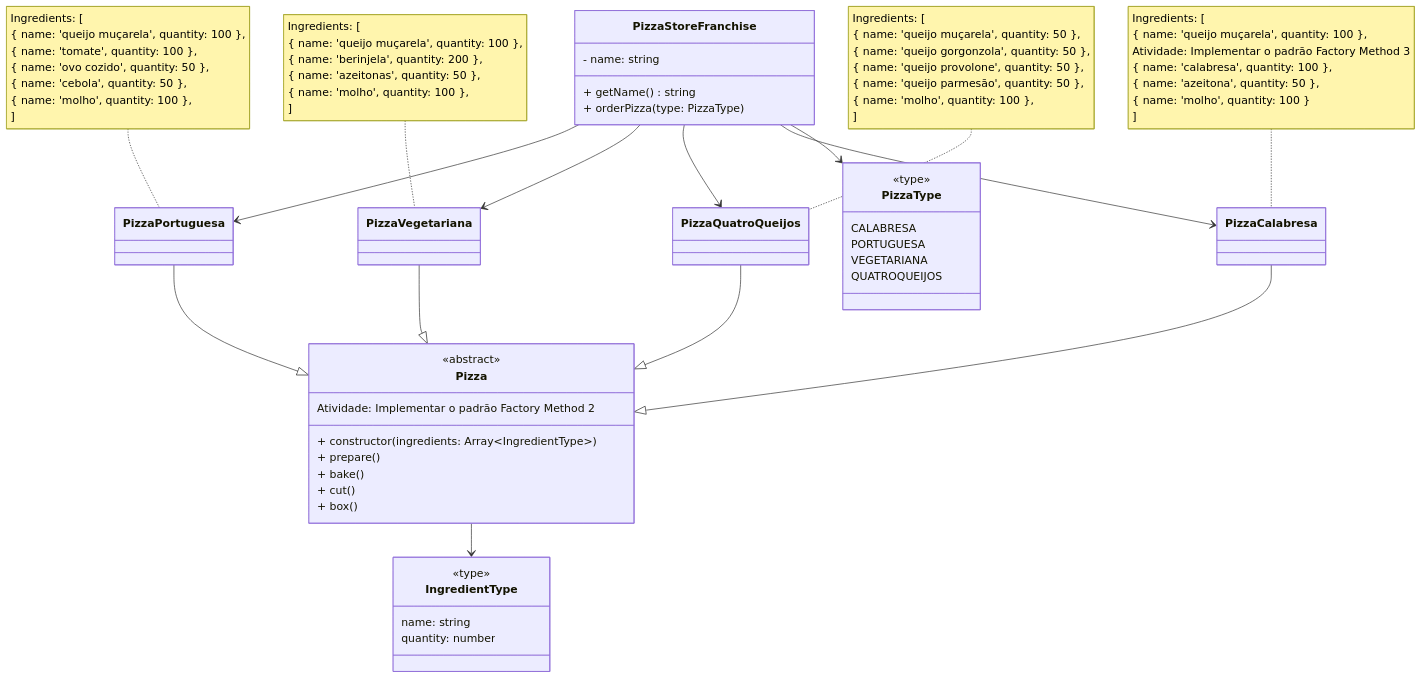
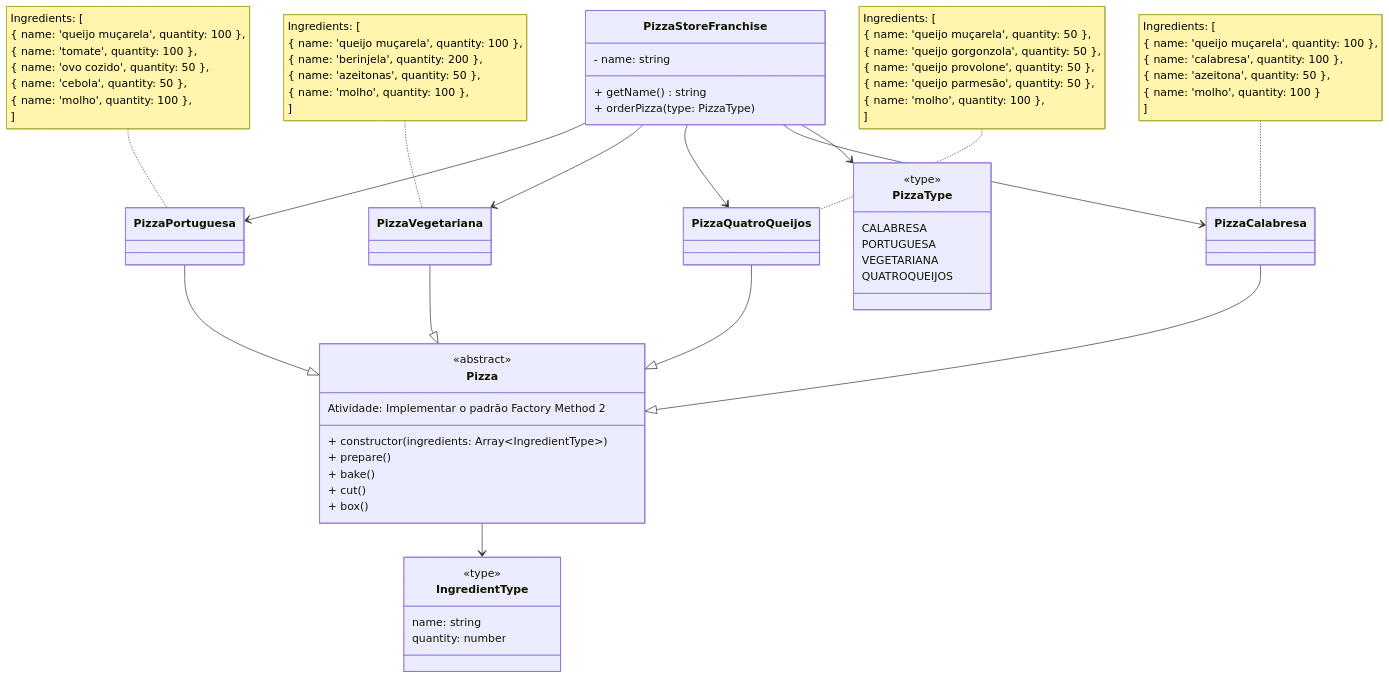
One commit to A-Pass/ifba-ads22-s5.0-prp005-atividade.06 changed the diagram in README.md. Above: the diagram before and after it, drawn with Mermaid. The commit also changed other lines of this file and 19 other files, not shown here.

````diff
--- a/README.md
+++ b/README.md
@@ -15,75 +14,72 @@
 ```mermaid
 
 classDiagram
 class PizzaStoreFranchise {
 - name: string
 + getName() string
 + orderPizza(type: PizzaType)
 }
 class Pizza {
 <<abstract>>
 + constructor(ingredients: Array~IngredientType~)
 + prepare()
 + bake()
 
 Atividade: Implementar o padrão Factory Method 2
 
 + cut()
 + box()
 }
 class PizzaCalabresa
 class PizzaQuatroQueijos
 class PizzaVegetariana
 class PizzaPortuguesa
 class PizzaType {
 <<type>>
 CALABRESA
 PORTUGUESA
 VEGETARIANA
 QUATROQUEIJOS
 }
 class IngredientType {
 <<type>>
 name: string
 quantity: number
 }
 Pizza --> IngredientType
 PizzaCalabresa --|> Pizza
 PizzaQuatroQueijos --|> Pizza
 PizzaVegetariana --|> Pizza
 PizzaPortuguesa --|> Pizza
 PizzaStoreFranchise --> PizzaType
 PizzaStoreFranchise --> PizzaCalabresa
 PizzaStoreFranchise --> PizzaQuatroQueijos
 PizzaStoreFranchise --> PizzaVegetariana
 PizzaStoreFranchise --> PizzaPortuguesa
 note for PizzaCalabresa "Ingredients: [
 { name: 'queijo muçarela', quantity: 100 },
-
-Atividade: Implementar o padrão Factory Method 3
-
 { name: 'calabresa', quantity: 100 },
 { name: 'azeitona', quantity: 50 },
 { name: 'molho', quantity: 100 }
 ]"
 note for PizzaPortuguesa "Ingredients: [
 { name: 'queijo muçarela', quantity: 100 },
 { name: 'tomate', quantity: 100 },
 { name: 'ovo cozido', quantity: 50 },
 { name: 'cebola', quantity: 50 },
 { name: 'molho', quantity: 100 },
 ]"
 note for PizzaVegetariana "Ingredients: [
 { name: 'queijo muçarela', quantity: 100 },
 { name: 'berinjela', quantity: 200 },
 { name: 'azeitonas', quantity: 50 },
 { name: 'molho', quantity: 100 },
 ]"
 note for PizzaQuatroQueijos "Ingredients: [
 { name: 'queijo muçarela', quantity: 50 },
 { name: 'queijo gorgonzola', quantity: 50 },
 { name: 'queijo provolone', quantity: 50 },
 { name: 'queijo parmesão', quantity: 50 },
 { name: 'molho', quantity: 100 },
 ]"
 ```
````
